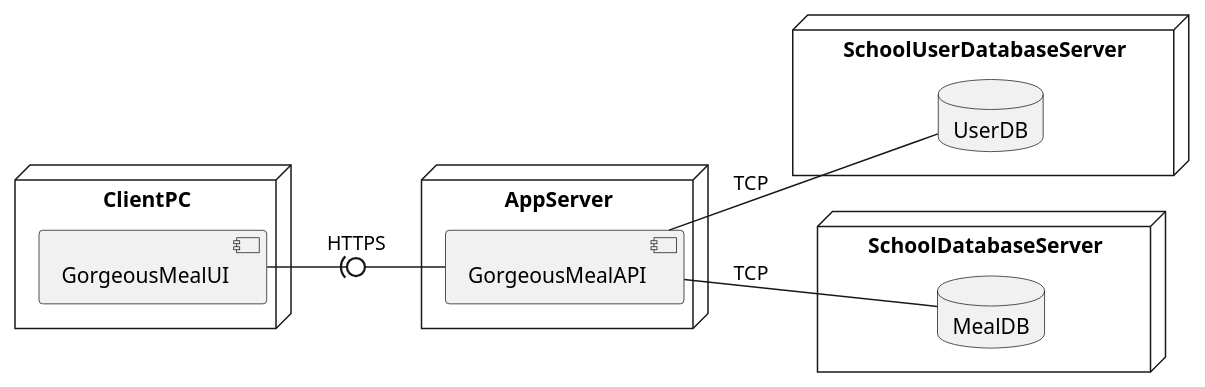
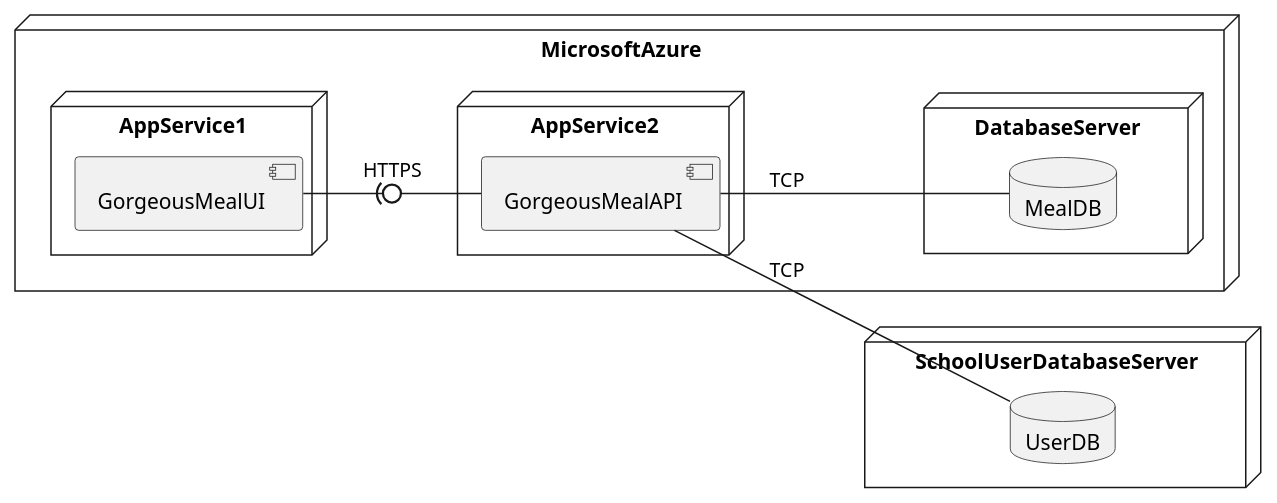
Before and after one commit to PeFerreira98/ARQSOFT_2019: the diagram in P1/ADD/DeploymentDiagram.puml, drawn with PlantUML. The commit also changed 6 other files, not shown here.

Commit message:
model, deploy, api diagram improve

```diff
--- a/P1/ADD/DeploymentDiagram.puml
+++ b/P1/ADD/DeploymentDiagram.puml
@@ -1,23 +1,26 @@
 @startuml DeploymentDiagram
 left to right direction
 
-node ClientPC {
-    component GorgeousMealUI
-}
+node MicrosoftAzure{
+    node AppService1 {
+        component GorgeousMealUI
+    }
 
-node AppServer {
-    component GorgeousMealAPI
+    node AppService2 {
+        component GorgeousMealAPI
+    }
+
+    node DatabaseServer {
+        database MealDB
+    }
 }
 
 node SchoolUserDatabaseServer {
     database UserDB
 }
 
-node SchoolDatabaseServer {
-    database MealDB
-}
-
 GorgeousMealUI -(0- GorgeousMealAPI : HTTPS
 GorgeousMealAPI -- UserDB : TCP
 GorgeousMealAPI -- MealDB : TCP
+
 @enduml
```
